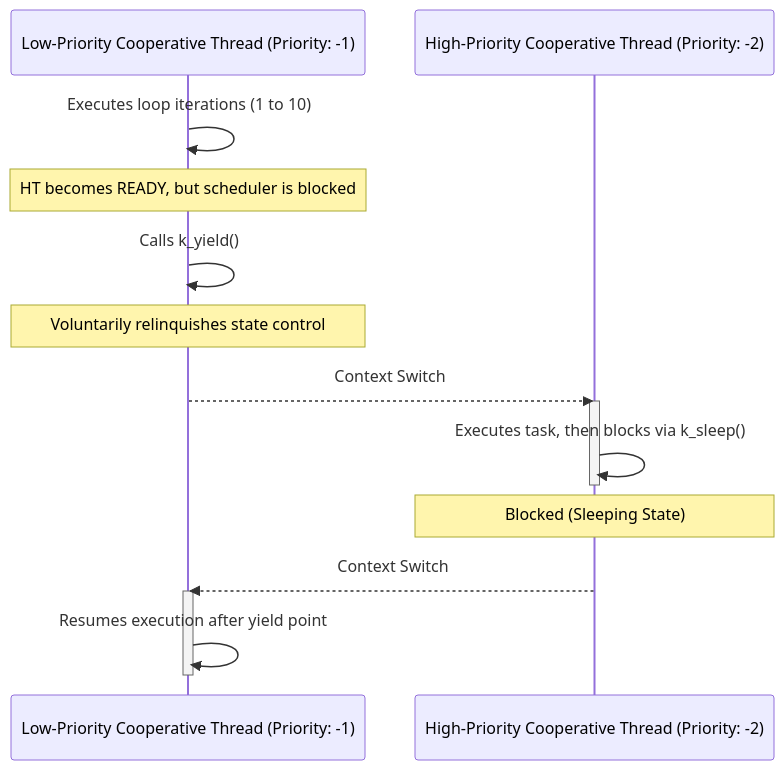
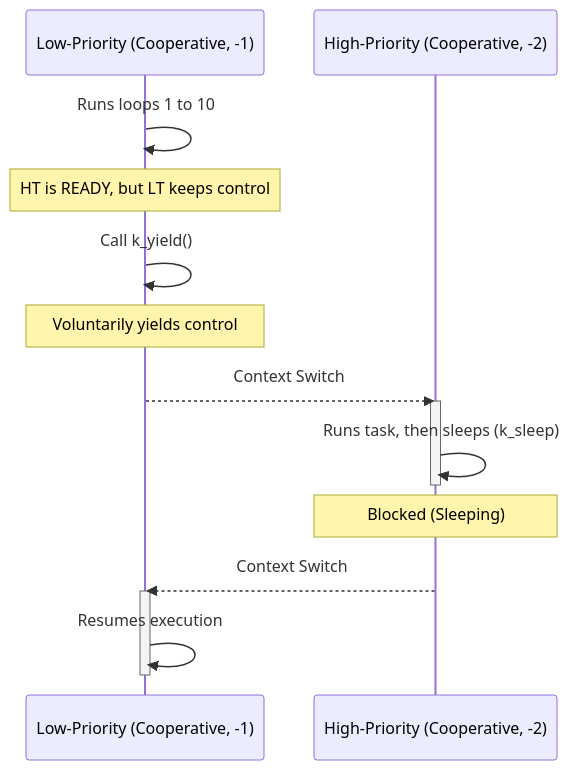
The first of 2 diagrams in README.md (PriyaSelvakumar123/zephyr-rtos-projects), drawn with Mermaid before and after one commit. The commit also changed other lines of this file, not shown here.

````diff
--- a/README.md
+++ b/README.md
@@ -105,18 +111,18 @@
 ```mermaid
 sequenceDiagram
-    participant LT as Low-Priority Cooperative Thread (Priority: -1)
-    participant HT as High-Priority Cooperative Thread (Priority: -2)
-    LT->>LT: Executes loop iterations (1 to 10)
-    Note over LT: HT becomes READY, but scheduler is blocked
-    LT->>LT: Calls k_yield()
-    Note over LT: Voluntarily relinquishes state control
+    participant LT as Low-Priority (Cooperative, -1)
+    participant HT as High-Priority (Cooperative, -2)
+    LT->>LT: Runs loops 1 to 10
+    Note over LT: HT is READY, but LT keeps control
+    LT->>LT: Call k_yield()
+    Note over LT: Voluntarily yields control
     LT-->>HT: Context Switch
     activate HT
-    HT->>HT: Executes task, then blocks via k_sleep()
+    HT->>HT: Runs task, then sleeps (k_sleep)
     deactivate HT
-    Note over HT: Blocked (Sleeping State)
+    Note over HT: Blocked (Sleeping)
     HT-->>LT: Context Switch
     activate LT
-    LT->>LT: Resumes execution after yield point
+    LT->>LT: Resumes execution
     deactivate LT
 ```
````
